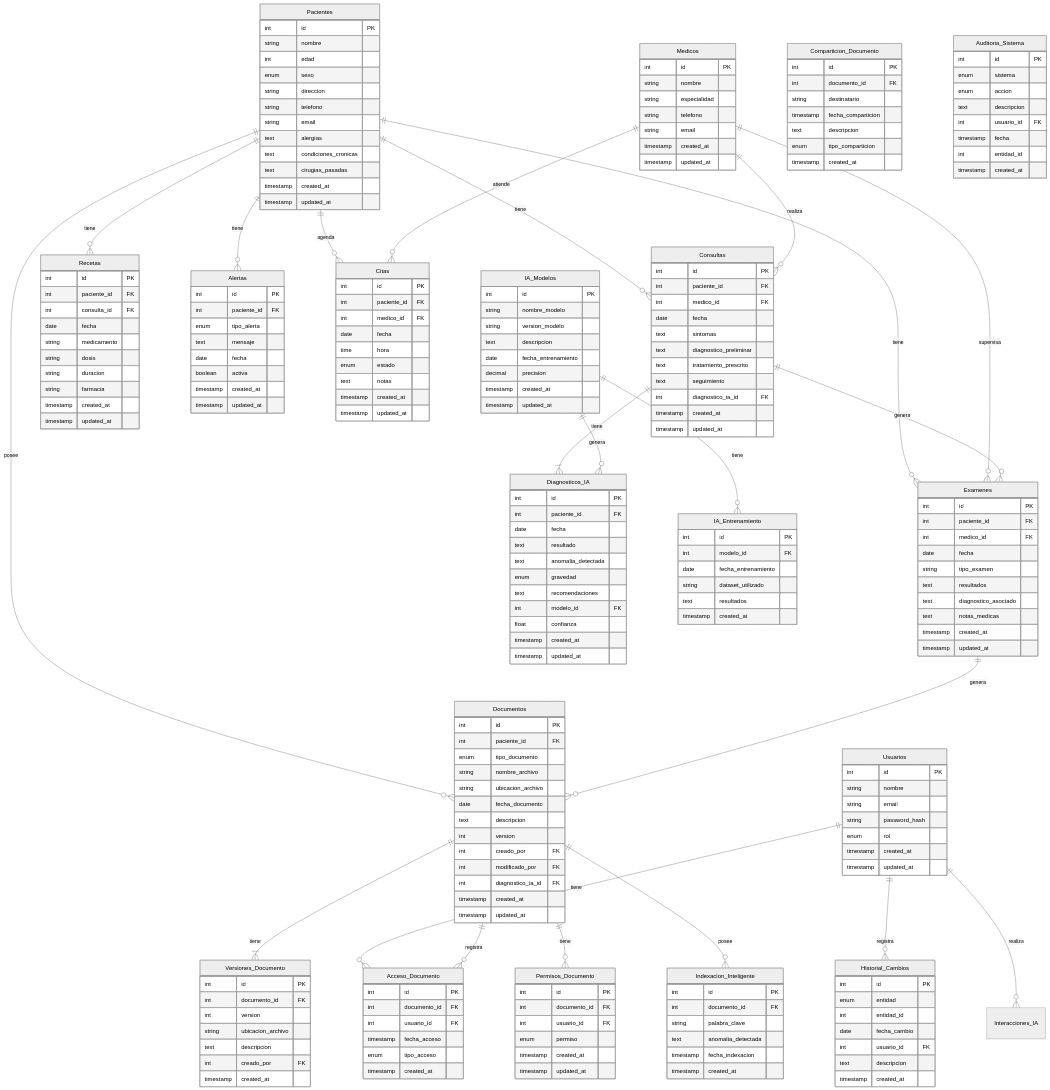
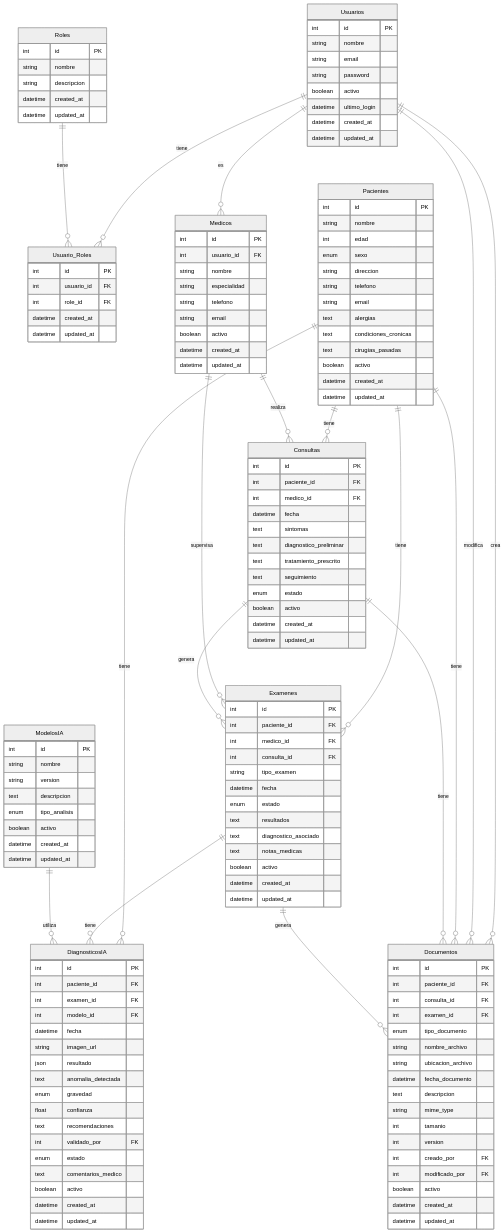
One commit to runinbk/medical-ai-system changed the second of 2 diagrams in README.md. Above: the diagram before and after it, drawn with Mermaid (neutral theme).

Commit message:
Modificacion del diagrama ER

````diff
--- a/README.md
+++ b/README.md
@@ -248,24 +248,41 @@
 ```mermaid
 erDiagram
-    Usuarios ||--o{ Acceso_Documento : tiene
-    Usuarios ||--o{ Historial_Cambios : registra
-    Usuarios ||--o{ Interacciones_IA : realiza
+    Usuarios ||--o{ Usuario_Roles : tiene
+    Usuarios ||--o{ Medicos : es
+    Usuarios ||--o{ Documentos : crea
+    Usuarios ||--o{ Documentos : modifica
     Usuarios {
         int id PK
         string nombre
         string email
-        string password_hash
-        enum rol
-        timestamp created_at
-        timestamp updated_at
+        string password
+        boolean activo
+        datetime ultimo_login
+        datetime created_at
+        datetime updated_at
+    }
+
+    Roles ||--o{ Usuario_Roles : tiene
+    Roles {
+        int id PK
+        string nombre
+        string descripcion
+        datetime created_at
+        datetime updated_at
+    }
+
+    Usuario_Roles {
+        int id PK
+        int usuario_id FK
+        int role_id FK
+        datetime created_at
+        datetime updated_at
     }
 
     Pacientes ||--o{ Consultas : tiene
     Pacientes ||--o{ Examenes : tiene
-    Pacientes ||--o{ Recetas : tiene
-    Pacientes ||--o{ Alertas : tiene
-    Pacientes ||--o{ Citas : agenda
-    Pacientes ||--o{ Documentos : posee
+    Pacientes ||--o{ DiagnosticosIA : tiene
+    Pacientes ||--o{ Documentos : tiene
     Pacientes {
         int id PK
         string nombre
@@ -277,210 +294,109 @@
         text alergias
         text condiciones_cronicas
         text cirugias_pasadas
-        timestamp created_at
-        timestamp updated_at
+        boolean activo
+        datetime created_at
+        datetime updated_at
     }
 
     Medicos ||--o{ Consultas : realiza
     Medicos ||--o{ Examenes : supervisa
-    Medicos ||--o{ Citas : atiende
     Medicos {
         int id PK
+        int usuario_id FK
         string nombre
         string especialidad
         string telefono
         string email
-        timestamp created_at
-        timestamp updated_at
+        boolean activo
+        datetime created_at
+        datetime updated_at
     }
 
     Consultas ||--o{ Examenes : genera
-    Consultas ||--|{ Diagnosticos_IA : tiene
+    Consultas ||--o{ Documentos : tiene
     Consultas {
         int id PK
         int paciente_id FK
         int medico_id FK
-        date fecha
+        datetime fecha
         text sintomas
         text diagnostico_preliminar
         text tratamiento_prescrito
         text seguimiento
-        int diagnostico_ia_id FK
-        timestamp created_at
-        timestamp updated_at
+        enum estado
+        boolean activo
+        datetime created_at
+        datetime updated_at
     }
 
     Examenes ||--o{ Documentos : genera
+    Examenes ||--o{ DiagnosticosIA : tiene
     Examenes {
         int id PK
         int paciente_id FK
         int medico_id FK
-        date fecha
+        int consulta_id FK
         string tipo_examen
+        datetime fecha
+        enum estado
         text resultados
         text diagnostico_asociado
         text notas_medicas
-        timestamp created_at
-        timestamp updated_at
+        boolean activo
+        datetime created_at
+        datetime updated_at
     }
 
-    Recetas {
+    ModelosIA ||--o{ DiagnosticosIA : utiliza
+    ModelosIA {
+        int id PK
+        string nombre
+        string version
+        text descripcion
+        enum tipo_analisis
+        boolean activo
+        datetime created_at
+        datetime updated_at
+    }
+
+    DiagnosticosIA {
+        int id PK
+        int paciente_id FK
+        int examen_id FK
+        int modelo_id FK
+        datetime fecha
+        string imagen_url
+        json resultado
+        text anomalia_detectada
+        enum gravedad
+        float confianza
+        text recomendaciones
+        int validado_por FK
+        enum estado
+        text comentarios_medico
+        boolean activo
+        datetime created_at
+        datetime updated_at
+    }
+
+    Documentos {
         int id PK
         int paciente_id FK
         int consulta_id FK
-        date fecha
-        string medicamento
-        string dosis
-        string duracion
-        string farmacia
-        timestamp created_at
-        timestamp updated_at
-    }
-
-    Alertas {
-        int id PK
-        int paciente_id FK
-        enum tipo_alerta
-        text mensaje
-        date fecha
-        boolean activa
-        timestamp created_at
-        timestamp updated_at
-    }
-
-    Citas {
-        int id PK
-        int paciente_id FK
-        int medico_id FK
-        date fecha
-        time hora
-        enum estado
-        text notas
-        timestamp created_at
-        timestamp updated_at
-    }
-
-    Documentos ||--|{ Versiones_Documento : tiene
-    Documentos ||--o{ Acceso_Documento : registra
-    Documentos ||--o{ Permisos_Documento : tiene
-    Documentos ||--o{ Indexacion_Inteligente : posee
-    Documentos {
-        int id PK
-        int paciente_id FK
+        int examen_id FK
         enum tipo_documento
         string nombre_archivo
         string ubicacion_archivo
-        date fecha_documento
+        datetime fecha_documento
         text descripcion
+        string mime_type
+        int tamanio
         int version
         int creado_por FK
         int modificado_por FK
-        int diagnostico_ia_id FK
-        timestamp created_at
-        timestamp updated_at
-    }
-
-    Versiones_Documento {
-        int id PK
-        int documento_id FK
-        int version
-        string ubicacion_archivo
-        text descripcion
-        int creado_por FK
-        timestamp created_at
-    }
-
-    Diagnosticos_IA {
-        int id PK
-        int paciente_id FK
-        date fecha
-        text resultado
-        text anomalia_detectada
-        enum gravedad
-        text recomendaciones
-        int modelo_id FK
-        float confianza
-        timestamp created_at
-        timestamp updated_at
-    }
-
-    IA_Modelos ||--o{ Diagnosticos_IA : genera
-    IA_Modelos ||--o{ IA_Entrenamiento : tiene
-    IA_Modelos {
-        int id PK
-        string nombre_modelo
-        string version_modelo
-        text descripcion
-        date fecha_entrenamiento
-        decimal precision
-        timestamp created_at
-        timestamp updated_at
-    }
-
-    IA_Entrenamiento {
-        int id PK
-        int modelo_id FK
-        date fecha_entrenamiento
-        string dataset_utilizado
-        text resultados
-        timestamp created_at
-    }
-
-    Historial_Cambios {
-        int id PK
-        enum entidad
-        int entidad_id
-        date fecha_cambio
-        int usuario_id FK
-        text descripcion
-        timestamp created_at
-    }
-
-    Acceso_Documento {
-        int id PK
-        int documento_id FK
-        int usuario_id FK
-        timestamp fecha_acceso
-        enum tipo_acceso
-        timestamp created_at
-    }
-
-    Permisos_Documento {
-        int id PK
-        int documento_id FK
-        int usuario_id FK
-        enum permiso
-        timestamp created_at
-        timestamp updated_at
-    }
-
-    Indexacion_Inteligente {
-        int id PK
-        int documento_id FK
-        string palabra_clave
-        text anomalia_detectada
-        timestamp fecha_indexacion
-        timestamp created_at
-    }
-
-    Comparticion_Documento {
-        int id PK
-        int documento_id FK
-        string destinatario
-        timestamp fecha_comparticion
-        text descripcion
-        enum tipo_comparticion
-        timestamp created_at
-    }
-
-    Auditoria_Sistema {
-        int id PK
-        enum sistema
-        enum accion
-        text descripcion
-        int usuario_id FK
-        timestamp fecha
-        int entidad_id
-        timestamp created_at
+        boolean activo
+        datetime created_at
+        datetime updated_at
     }
 ```
````
